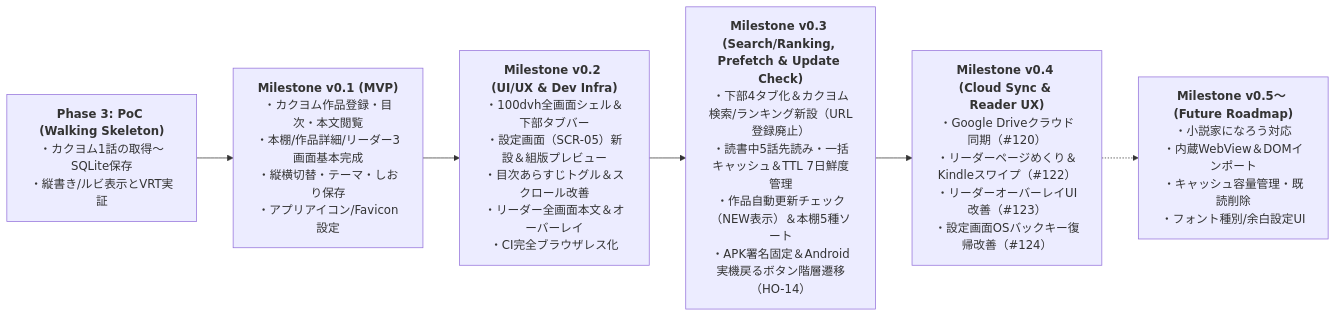
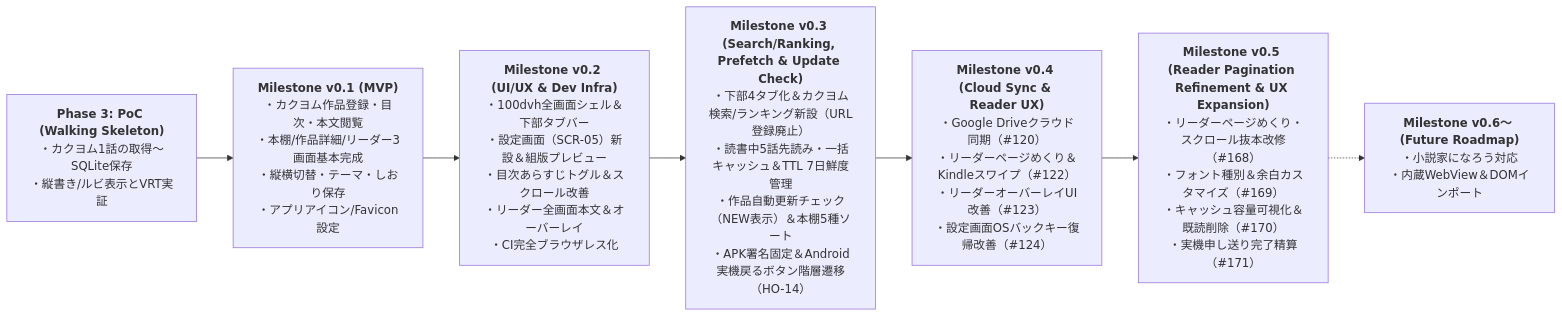
One commit to high-soar/Yommy changed the diagram in docs/specs/requirements.md. Above: the diagram before and after it, drawn with Mermaid. The commit also changed other lines of this file and 7 other files, not shown here.

````diff
--- a/docs/specs/requirements.md
+++ b/docs/specs/requirements.md
@@ -156,11 +160,12 @@
 ```mermaid
 flowchart LR
     PoC["<b>Phase 3: PoC (Walking Skeleton)</b><br>・カクヨム1話の取得〜SQLite保存<br>・縦書き/ルビ表示とVRT実証"]
     M1["<b>Milestone v0.1 (MVP)</b><br>・カクヨム作品登録・目次・本文閲覧<br>・本棚/作品詳細/リーダー3画面基本完成<br>・縦横切替・テーマ・しおり保存<br>・アプリアイコン/Favicon設定"]
     M2["<b>Milestone v0.2 (UI/UX & Dev Infra)</b><br>・100dvh全画面シェル＆下部タブバー<br>・設定画面（SCR-05）新設＆組版プレビュー<br>・目次あらすじトグル＆スクロール改善<br>・リーダー全画面本文＆オーバーレイ<br>・CI完全ブラウザレス化"]
     M3["<b>Milestone v0.3 (Search/Ranking, Prefetch & Update Check)</b><br>・下部4タブ化＆カクヨム検索/ランキング新設（URL登録廃止）<br>・読書中5話先読み・一括キャッシュ＆TTL 7日鮮度管理<br>・作品自動更新チェック（NEW表示）＆本棚5種ソート<br>・APK署名固定＆Android実機戻るボタン階層遷移（HO-14）"]
     M4["<b>Milestone v0.4 (Cloud Sync & Reader UX)</b><br>・Google Driveクラウド同期（#120）<br>・リーダーページめくり＆Kindleスワイプ（#122）<br>・リーダーオーバーレイUI改善（#123）<br>・設定画面OSバックキー復帰改善（#124）"]
-    M5["<b>Milestone v0.5〜 (Future Roadmap)</b><br>・小説家になろう対応<br>・内蔵WebView＆DOMインポート<br>・キャッシュ容量管理・既読削除<br>・フォント種別/余白設定UI"]
+    M5["<b>Milestone v0.5 (Reader Pagination Refinement & UX Expansion)</b><br>・リーダーページめくり・スクロール抜本改修（#168）<br>・フォント種別＆余白カスタマイズ（#169）<br>・キャッシュ容量可視化＆既読削除（#170）<br>・実機申し送り完了精算（#171）"]
+    M6["<b>Milestone v0.6〜 (Future Roadmap)</b><br>・小説家になろう対応<br>・内蔵WebView＆DOMインポート"]
 
-    PoC --> M1 --> M2 --> M3 --> M4 -.-> M5
+    PoC --> M1 --> M2 --> M3 --> M4 --> M5 -.-> M6
 ```
````
